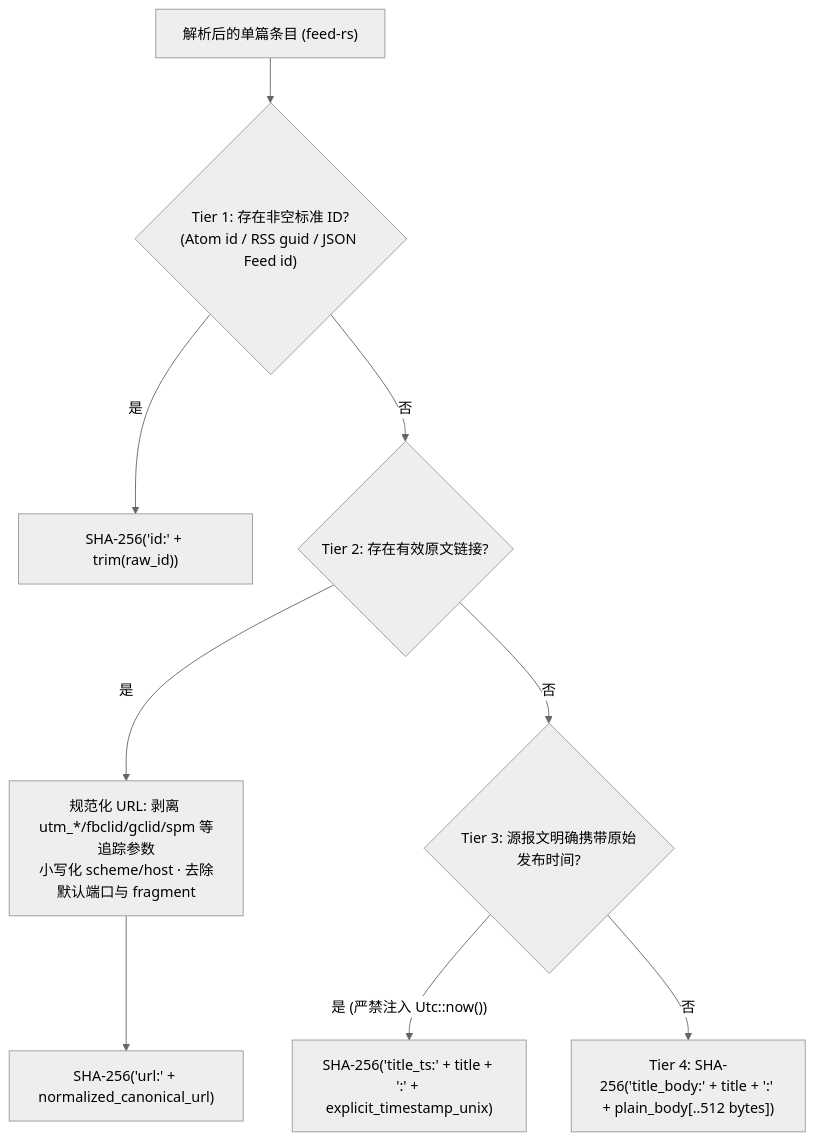
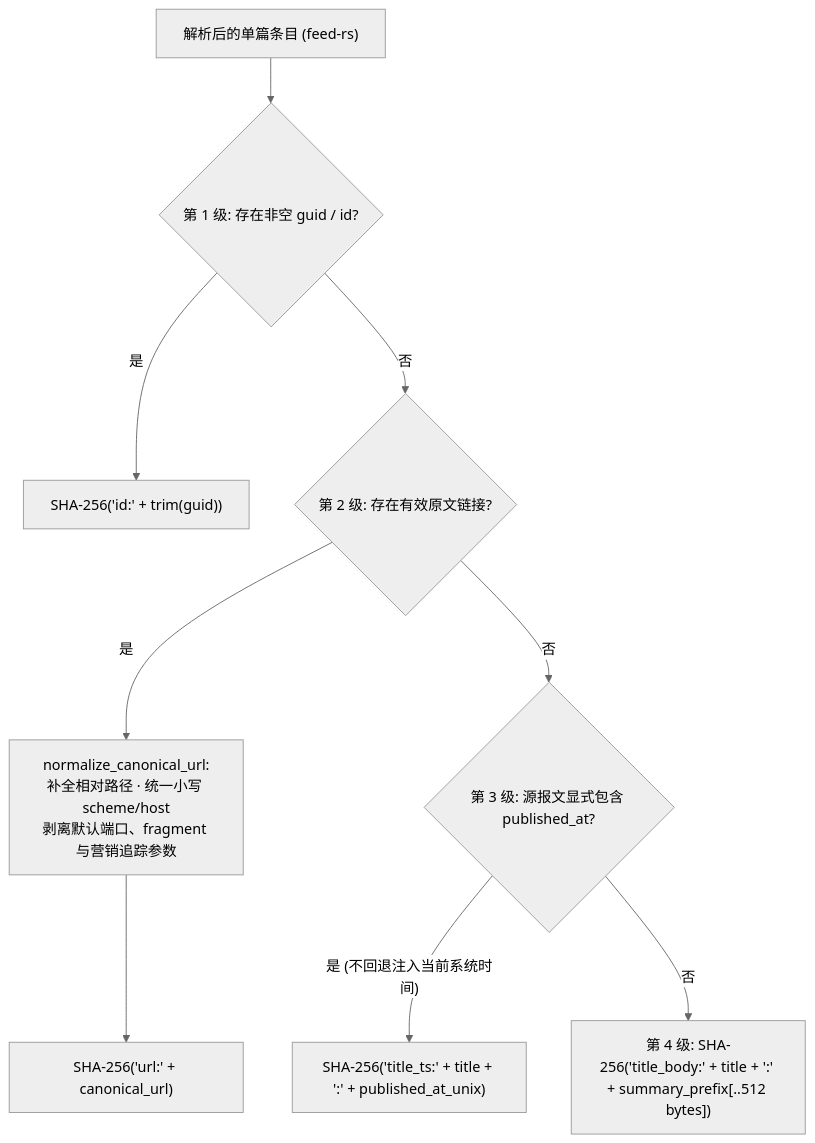
The second of 3 diagrams in docs/zh/reference/architecture.md (ElleryHe/FeedCourier), drawn with Mermaid (neutral theme) before and after one commit. The commit also changed other lines of this file and 57 other files, not shown here.

````diff
--- a/docs/zh/reference/architecture.md
+++ b/docs/zh/reference/architecture.md
@@ -18,11 +58,11 @@
 ```mermaid
 flowchart TD
-    Entry["解析后的单篇条目 (feed-rs)"] --> T1{"Tier 1: 存在非空标准 ID?<br>(Atom id / RSS guid / JSON Feed id)"}
-    T1 -->|"是"| H1["SHA-256('id:' + trim(raw_id))"]
-    T1 -->|"否"| T2{"Tier 2: 存在有效原文链接?"}
-    T2 -->|"是"| Norm["规范化 URL: 剥离 utm_*/fbclid/gclid/spm 等追踪参数<br>小写化 scheme/host · 去除默认端口与 fragment"]
-    Norm --> H2["SHA-256('url:' + normalized_canonical_url)"]
-    T2 -->|"否"| T3{"Tier 3: 源报文明确携带原始发布时间?"}
-    T3 -->|"是 (严禁注入 Utc::now())"| H3["SHA-256('title_ts:' + title + ':' + explicit_timestamp_unix)"]
-    T3 -->|"否"| H4["Tier 4: SHA-256('title_body:' + title + ':' + plain_body[..512 bytes])"]
+    Entry["解析后的单篇条目 (feed-rs)"] --> T1{"第 1 级: 存在非空 guid / id?"}
+    T1 -->|"是"| H1["SHA-256('id:' + trim(guid))"]
+    T1 -->|"否"| T2{"第 2 级: 存在有效原文链接?"}
+    T2 -->|"是"| Norm["normalize_canonical_url:<br>补全相对路径 · 统一小写 scheme/host<br>剥离默认端口、fragment 与营销追踪参数"]
+    Norm --> H2["SHA-256('url:' + canonical_url)"]
+    T2 -->|"否"| T3{"第 3 级: 源报文显式包含 published_at?"}
+    T3 -->|"是 (不回退注入当前系统时间)"| H3["SHA-256('title_ts:' + title + ':' + published_at_unix)"]
+    T3 -->|"否"| H4["第 4 级: SHA-256('title_body:' + title + ':' + summary_prefix[..512 bytes])"]
 ```
````
